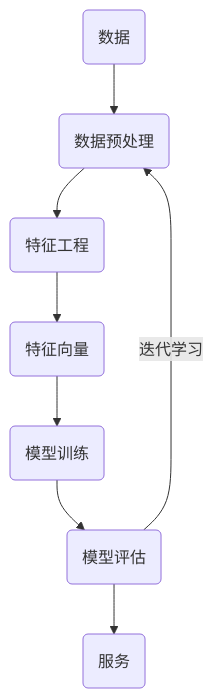
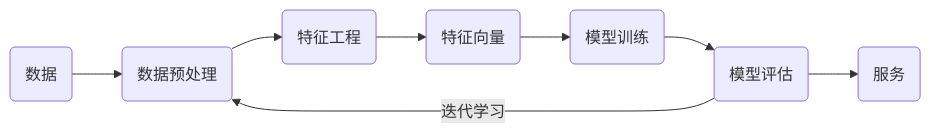
The first of 2 diagrams in index.md (hughxusu/lesson-ai), drawn with Mermaid before and after one commit. The commit also changed other lines of this file, not shown here.

Commit message:
完善工作流程

````diff
--- a/index.md
+++ b/index.md
@@ -93,6 +93,6 @@
 ```mermaid
-flowchart
+flowchart LR
 		z(数据)-->a(数据预处理)-->b(特征工程)-->c(特征向量)-->d(模型训练)-->e(模型评估)
     e--迭代学习-->a
     e-->g(服务)
 ```
````
